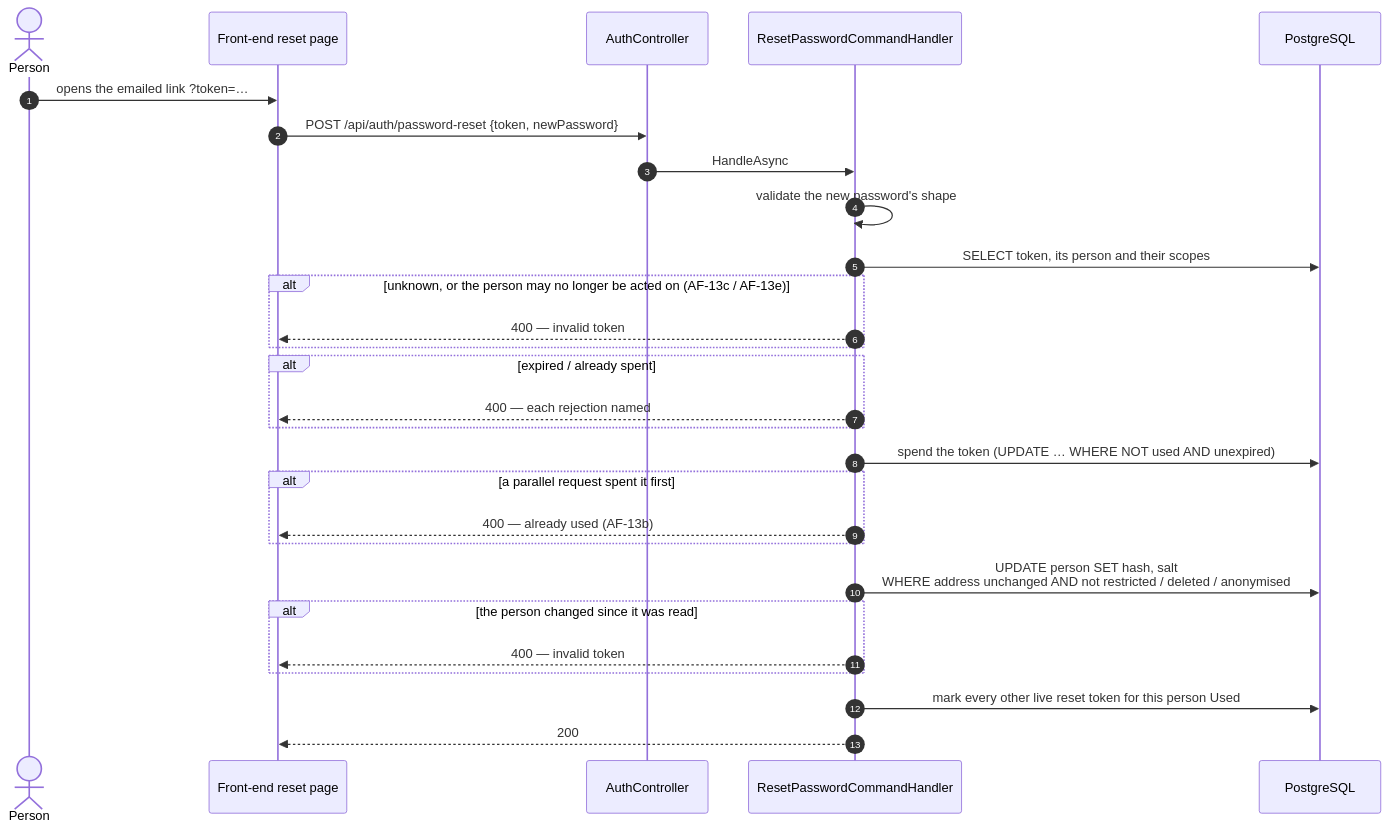
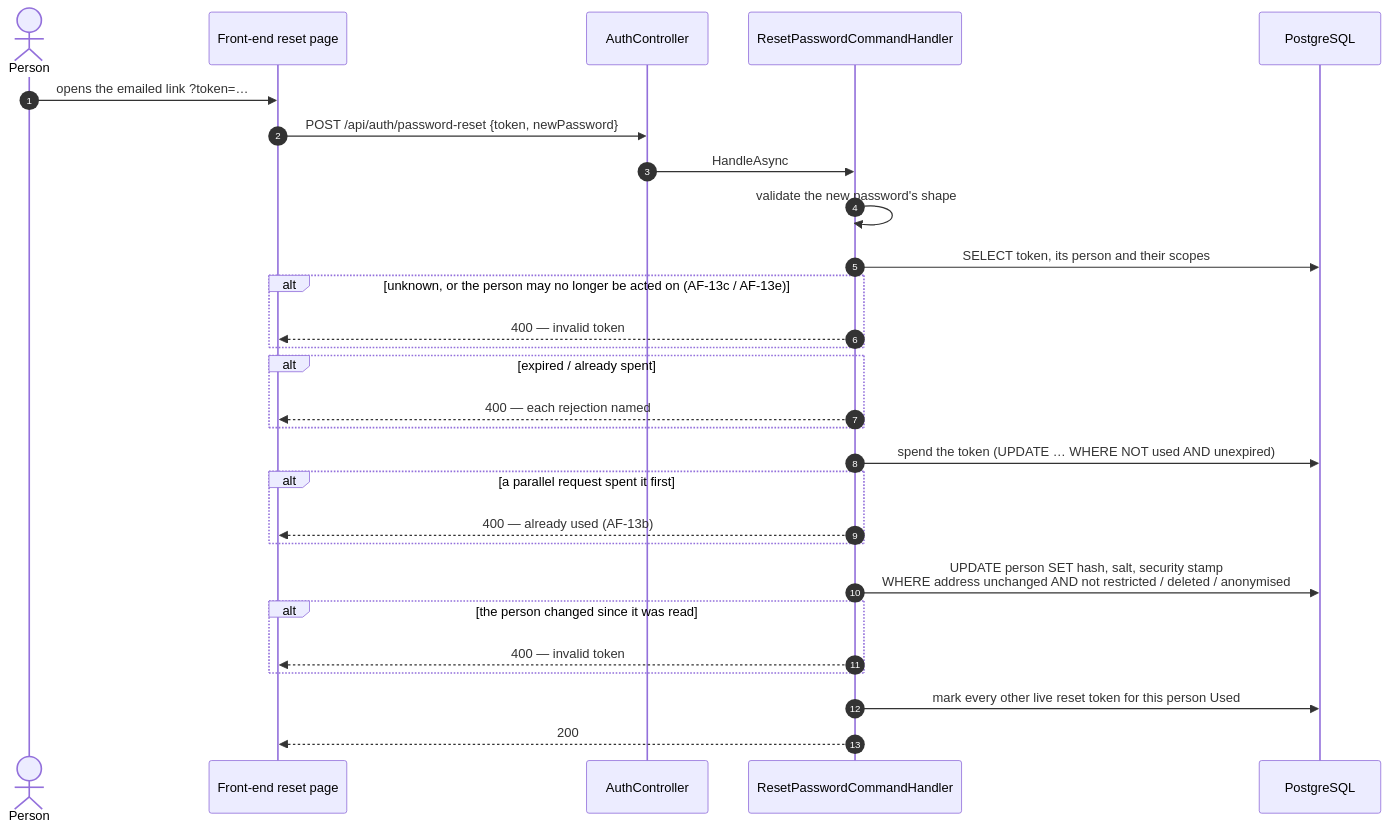
The second of 2 diagrams in docs/content/en/docs/flows/password-recovery.md (artur-rios/heimdall-api), drawn with Mermaid before and after one commit. The commit also changed other lines of this file and 6 other files, not shown here.

````diff
--- a/docs/content/en/docs/flows/password-recovery.md
+++ b/docs/content/en/docs/flows/password-recovery.md
@@ -76,31 +76,31 @@
 ```mermaid
 sequenceDiagram
     autonumber
     actor P as Person
     participant FE as Front-end reset page
     participant AC as AuthController
     participant H as ResetPasswordCommandHandler
     participant DB as PostgreSQL
 
     P->>FE: opens the emailed link ?token=…
     FE->>AC: POST /api/auth/password-reset {token, newPassword}
     AC->>H: HandleAsync
     H->>H: validate the new password's shape
     H->>DB: SELECT token, its person and their scopes
     alt unknown, or the person may no longer be acted on (AF-13c / AF-13e)
         H-->>FE: 400 — invalid token
     end
     alt expired / already spent
         H-->>FE: 400 — each rejection named
     end
     H->>DB: spend the token (UPDATE … WHERE NOT used AND unexpired)
     alt a parallel request spent it first
         H-->>FE: 400 — already used (AF-13b)
     end
-    H->>DB: UPDATE person SET hash, salt<br/>WHERE address unchanged AND not restricted / deleted / anonymised
+    H->>DB: UPDATE person SET hash, salt, security stamp<br/>WHERE address unchanged AND not restricted / deleted / anonymised
     alt the person changed since it was read
         H-->>FE: 400 — invalid token
     end
     H->>DB: mark every other live reset token for this person Used
     H-->>FE: 200
 ```
````
